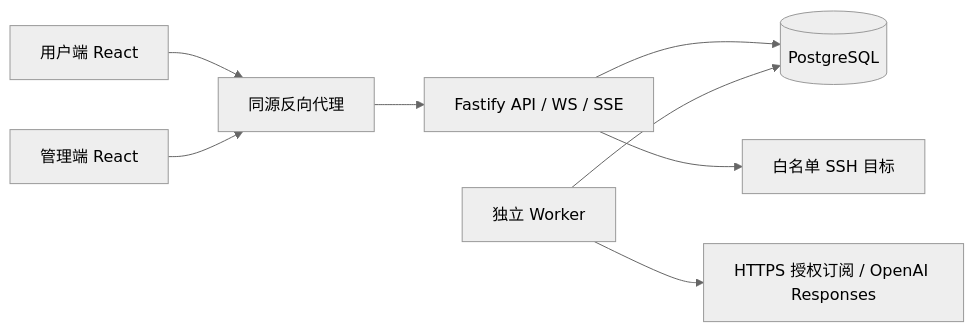
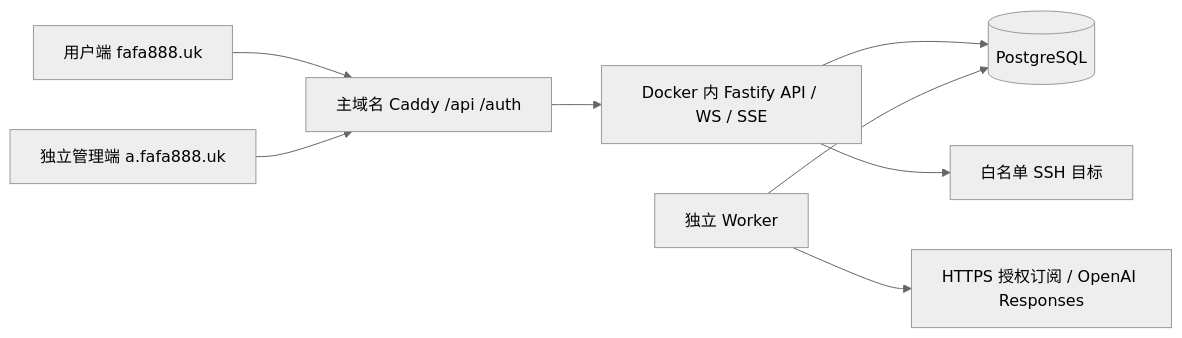
The diagram in docs/ARCHITECTURE.md (fafa920q-hue/fafa), drawn with Mermaid (neutral theme) before and after one commit. The commit also changed 26 other files, not shown here.

Commit message:
fix: consolidate production API and OAuth on fafa888.uk

````diff
--- a/docs/ARCHITECTURE.md
+++ b/docs/ARCHITECTURE.md
@@ -5,10 +5,10 @@
 ```mermaid
 flowchart LR
-  W[用户端 React] --> P[同源反向代理]
-  A[管理端 React] --> P
-  P --> API[Fastify API / WS / SSE]
+  W[用户端 fafa888.uk] --> P[主域名 Caddy /api /auth]
+  A[独立管理端 a.fafa888.uk] --> P
+  P --> API[Docker 内 Fastify API / WS / SSE]
   API --> PG[(PostgreSQL)]
   Worker[独立 Worker] --> PG
   Worker --> Upstream[HTTPS 授权订阅 / OpenAI Responses]
   API --> SSH[白名单 SSH 目标]
 ```
````
